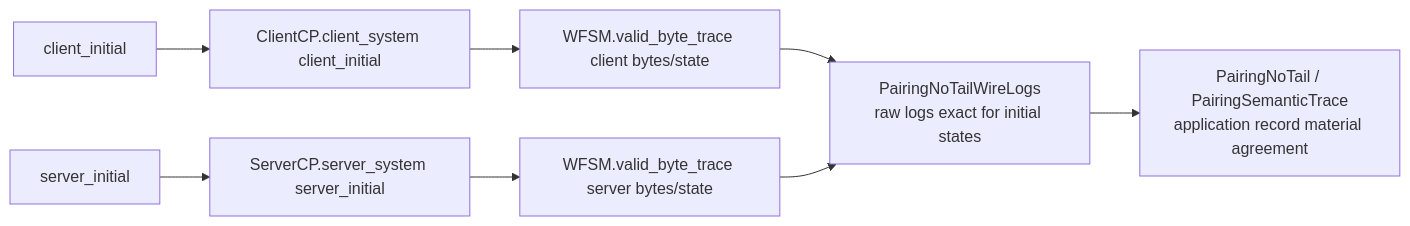
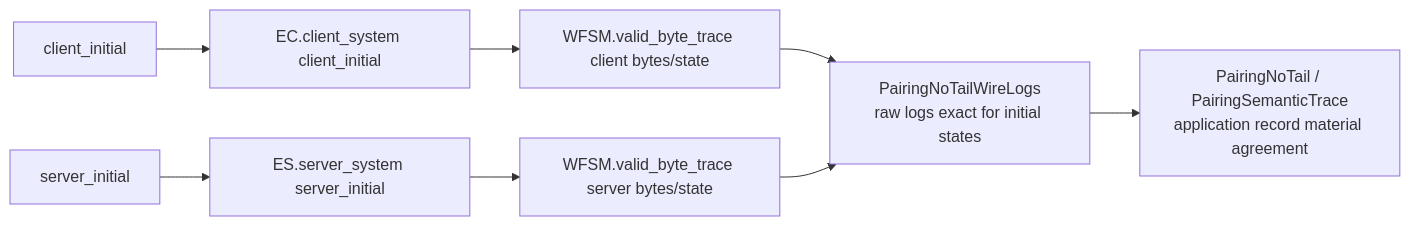
The third of 4 diagrams in ARCH_AUDIT.md (project-everest/mitls-fstar), drawn with Mermaid before and after one commit. The commit also changed other lines of this file, not shown here.

````diff
--- a/ARCH_AUDIT.md
+++ b/ARCH_AUDIT.md
@@ -286,10 +373,10 @@
 ```mermaid
 flowchart LR
-  CInit[client_initial] --> CSystem[ClientCP.client_system client_initial]
-  SInit[server_initial] --> SSystem[ServerCP.server_system server_initial]
+  CInit[client_initial] --> CSystem[EC.client_system client_initial]
+  SInit[server_initial] --> SSystem[ES.server_system server_initial]
   CSystem --> CTrace[WFSM.valid_byte_trace client bytes/state]
   SSystem --> STrace[WFSM.valid_byte_trace server bytes/state]
   CTrace --> WireLogs[PairingNoTailWireLogs\nraw logs exact for initial states]
   STrace --> WireLogs
   WireLogs --> Pairing[PairingNoTail / PairingSemanticTrace\napplication record material agreement]
 ```
````
